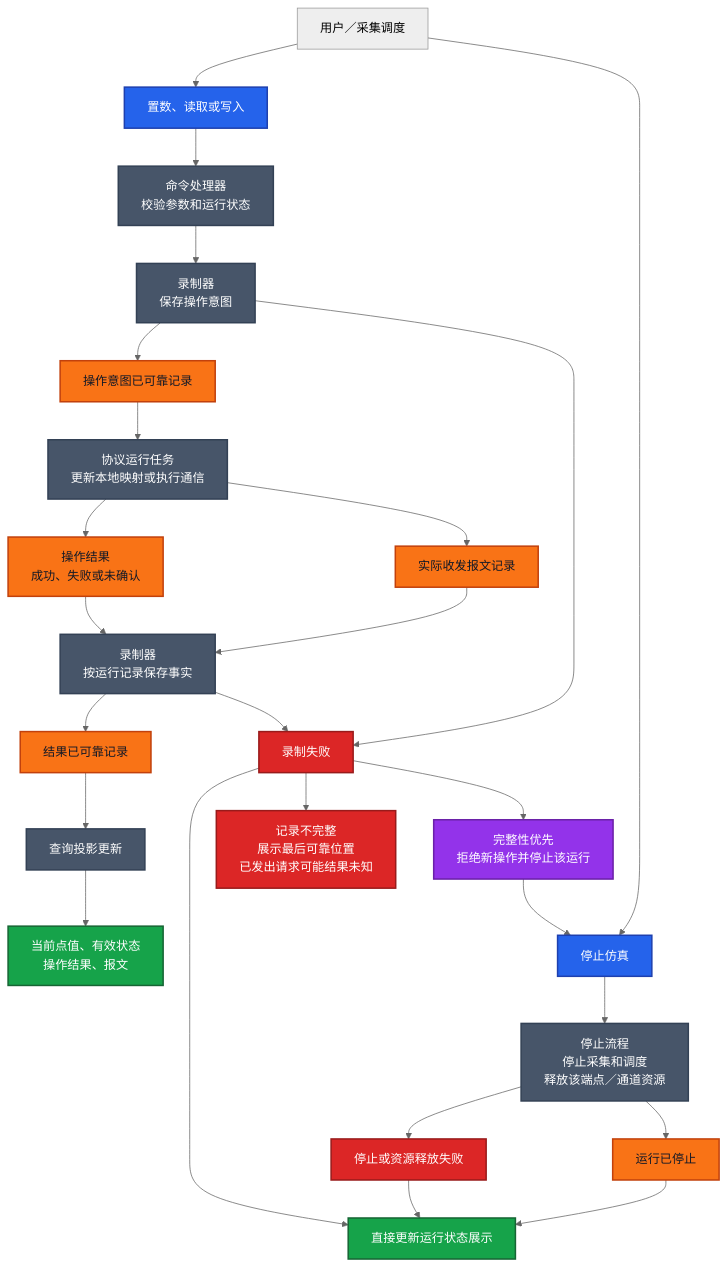
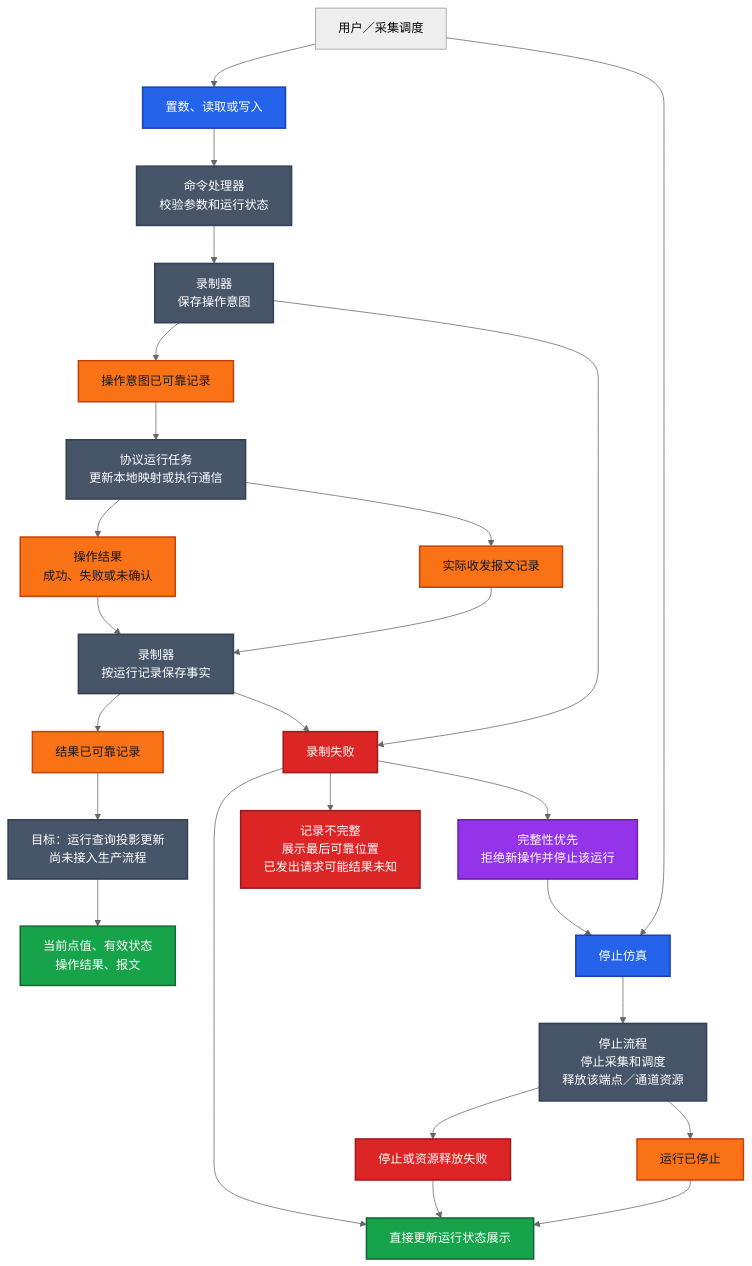
The third of 4 diagrams in docs/design/modbus-event-storming.md (r1005410078/essim), drawn with Mermaid (neutral theme) before and after one commit. The commit also changed other lines of this file and 131 other files, not shown here.

````diff
--- a/docs/design/modbus-event-storming.md
+++ b/docs/design/modbus-event-storming.md
@@ -63,41 +153,41 @@
 ```mermaid
 flowchart TD
     USER["用户／采集调度"]
 
     USER --> CMD["置数、读取或写入"]:::command
     CMD --> CHECK["命令处理器<br/>校验参数和运行状态"]:::component
     CHECK --> INTENT["录制器<br/>保存操作意图"]:::component
     INTENT --> SAVED["操作意图已可靠记录"]:::event
 
     SAVED --> EXEC["协议运行任务<br/>更新本地映射或执行通信"]:::component
     EXEC --> WIRE["实际收发报文记录"]:::event
     EXEC --> RESULT["操作结果<br/>成功、失败或未确认"]:::event
 
     WIRE --> STORE["录制器<br/>按运行记录保存事实"]:::component
     RESULT --> STORE
     STORE --> COMMITTED["结果已可靠记录"]:::event
-    COMMITTED --> PROJECTION["查询投影更新"]:::component
+    COMMITTED --> PROJECTION["目标：运行查询投影更新<br/>尚未接入生产流程"]:::component
     PROJECTION --> VIEW["当前点值、有效状态<br/>操作结果、报文"]:::view
 
     INTENT --> ERROR["录制失败"]:::failure
     STORE --> ERROR
     ERROR --> STOPRULE["完整性优先<br/>拒绝新操作并停止该运行"]:::policy
 
     USER --> STOPCMD["停止仿真"]:::command
     STOPRULE --> STOPCMD
     STOPCMD --> STOPPING["停止流程<br/>停止采集和调度<br/>释放该端点／通道资源"]:::component
     STOPPING --> STOPPED["运行已停止"]:::event
     STOPPING --> STOPFAIL["停止或资源释放失败"]:::failure
 
     STOPPED --> NOTICE["直接更新运行状态展示"]:::view
     STOPFAIL --> NOTICE
     ERROR --> NOTICE
     ERROR --> INCOMPLETE["记录不完整<br/>展示最后可靠位置<br/>已发出请求可能结果未知"]:::failure
 
     classDef command fill:#2563EB,stroke:#1E40AF,color:#FFFFFF,stroke-width:2px;
     classDef event fill:#F97316,stroke:#C2410C,color:#111827,stroke-width:2px;
     classDef policy fill:#9333EA,stroke:#6B21A8,color:#FFFFFF,stroke-width:2px;
     classDef view fill:#16A34A,stroke:#166534,color:#FFFFFF,stroke-width:2px;
     classDef component fill:#475569,stroke:#334155,color:#FFFFFF,stroke-width:2px;
     classDef failure fill:#DC2626,stroke:#991B1B,color:#FFFFFF,stroke-width:2px;
 ```
````
